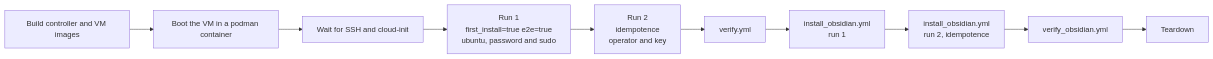
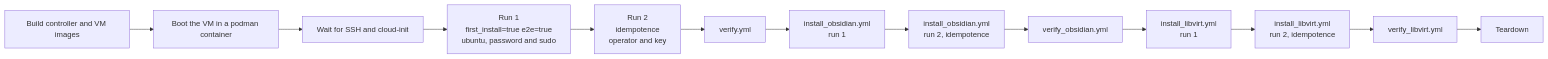
Before and after one commit to nayrosk/nayrosk-ansible: the diagram in docs/testing.md, drawn with Mermaid. The commit also changed other lines of this file and 52 other files, not shown here.

First line of the commit message:
feat: install QEMU/KVM and libvirt with bridge, passthrough and metrics (#42)

````diff
--- a/docs/testing.md
+++ b/docs/testing.md
@@ -37,12 +37,15 @@
 ```mermaid
 flowchart LR
     B[Build controller and VM images] --> V[Boot the VM in a podman container]
     V --> W[Wait for SSH and cloud-init]
     W --> R1["Run 1<br/>first_install=true e2e=true<br/>ubuntu, password and sudo"]
     R1 --> R2["Run 2<br/>idempotence<br/>operator and key"]
     R2 --> VF[verify.yml]
     VF --> O1["install_obsidian.yml<br/>run 1"]
     O1 --> O2["install_obsidian.yml<br/>run 2, idempotence"]
     O2 --> VO[verify_obsidian.yml]
-    VO --> T[Teardown]
+    VO --> L1["install_libvirt.yml<br/>run 1"]
+    L1 --> L2["install_libvirt.yml<br/>run 2, idempotence"]
+    L2 --> VL[verify_libvirt.yml]
+    VL --> T[Teardown]
 ```
````
